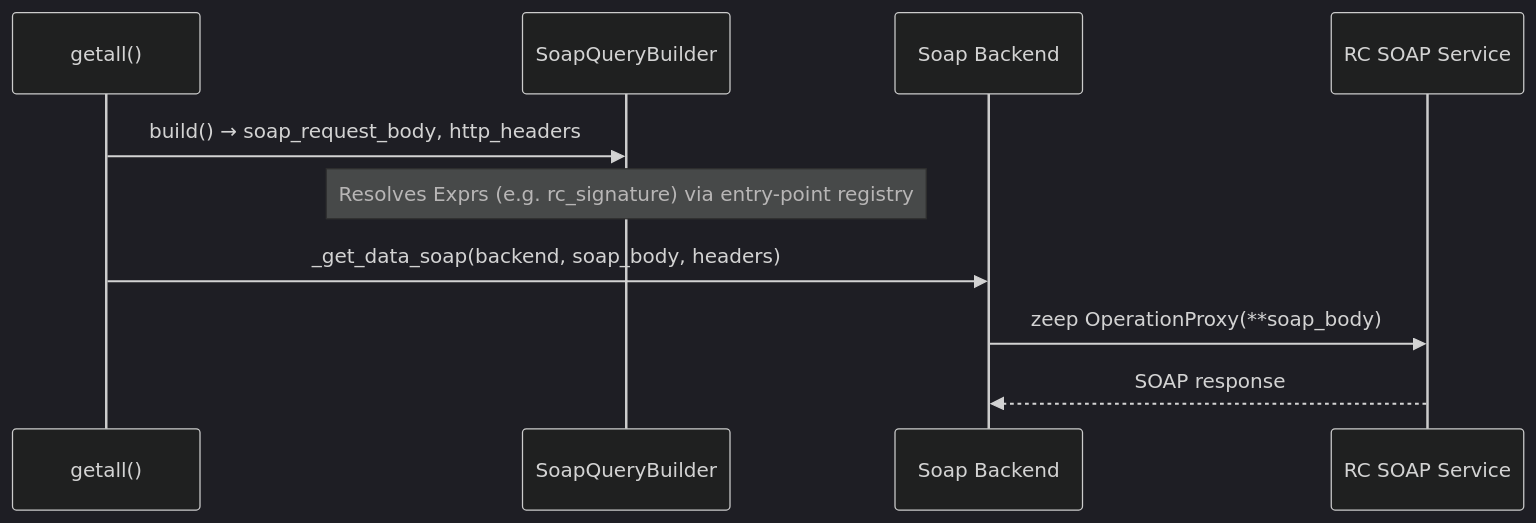
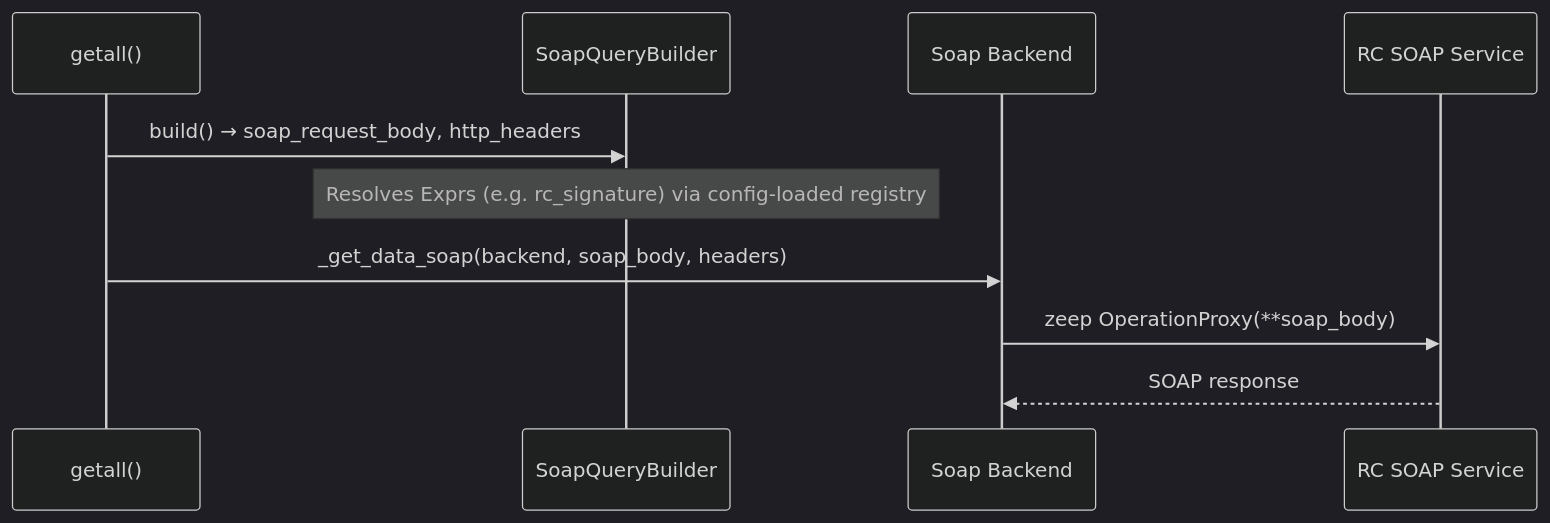
The second of 2 diagrams in analysis.MD (atviriduomenys/spinta), drawn with Mermaid (dark theme) before and after one commit. The commit also changed other lines of this file and 1 other file, not shown here.

````diff
--- a/analysis.MD
+++ b/analysis.MD
@@ -342,13 +344,13 @@
 ```mermaid
 sequenceDiagram
     participant Spinta as getall()
     participant SOAPQB as SoapQueryBuilder
     participant SOAPBF as Soap Backend
     participant RC as RC SOAP Service
 
     Spinta->>SOAPQB: build() → soap_request_body, http_headers
-    Note over SOAPQB: Resolves Exprs (e.g. rc_signature) via entry-point registry
+    Note over SOAPQB: Resolves Exprs (e.g. rc_signature) via config-loaded registry
     Spinta->>SOAPBF: _get_data_soap(backend, soap_body, headers)
     SOAPBF->>RC: zeep OperationProxy(**soap_body)
     RC-->>SOAPBF: SOAP response
 ```
````
